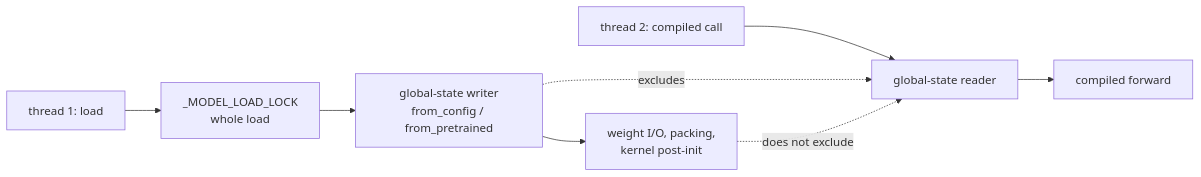
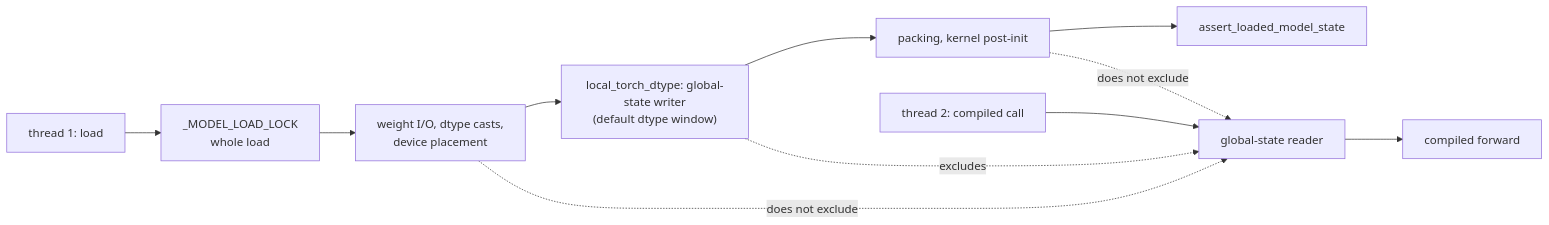
One commit to ModelCloud/GPTQModel changed the sixth of 7 diagrams in docs/concurrency.md. Above: the diagram before and after it, drawn with Mermaid. The commit also changed other lines of this file and 12 other files, not shown here.

````diff
--- a/docs/concurrency.md
+++ b/docs/concurrency.md
@@ -253,10 +259,13 @@
 ```mermaid
 flowchart LR
     A["thread 1: load"] --> B["_MODEL_LOAD_LOCK<br/>whole load"]
-    B --> C["global-state writer<br/>from_config / from_pretrained"]
-    C --> D["weight I/O, packing,<br/>kernel post-init"]
-    E["thread 2: compiled call"] --> F["global-state reader"]
-    F --> G["compiled forward"]
-    C -. "excludes" .-> F
-    D -. "does not exclude" .-> F
+    B --> C["weight I/O, dtype casts,<br/>device placement"]
+    C --> D["local_torch_dtype: global-state writer<br/>(default dtype window)"]
+    D --> E["packing, kernel post-init"]
+    E --> F["assert_loaded_model_state"]
+    G["thread 2: compiled call"] --> H["global-state reader"]
+    H --> I["compiled forward"]
+    D -. "excludes" .-> H
+    C -. "does not exclude" .-> H
+    E -. "does not exclude" .-> H
 ```
````
